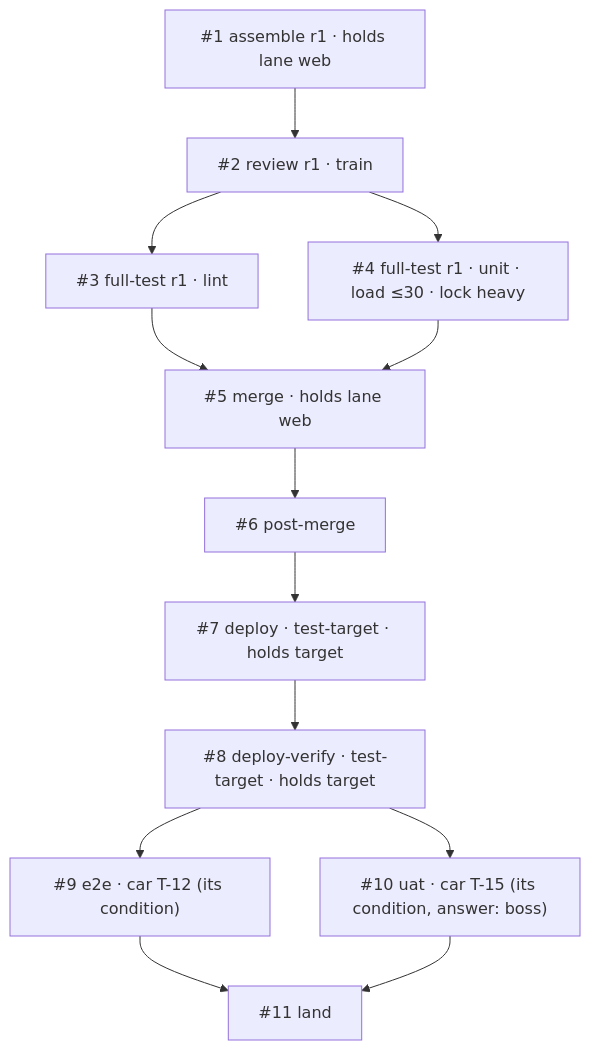
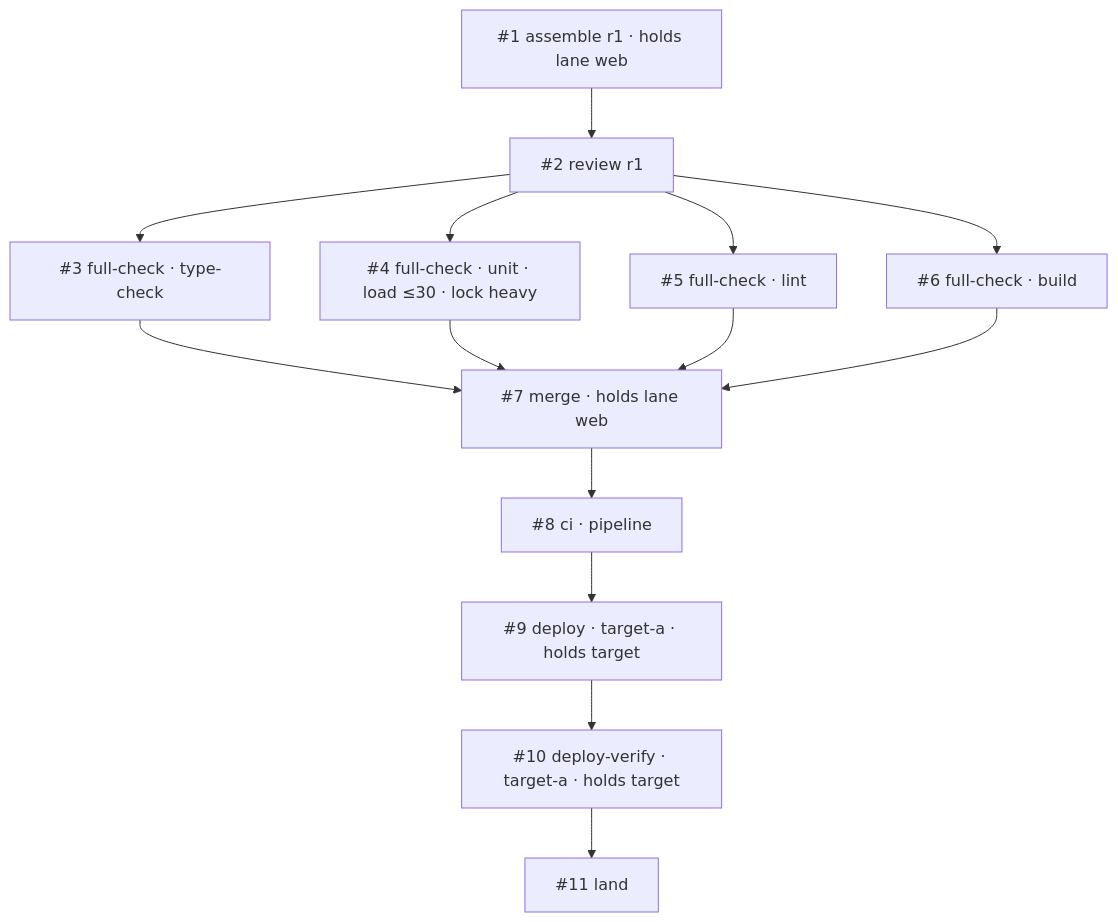
The second of 2 diagrams in docs/specs/2026-11-07-train-workers.md (allenlinli/pi-straw-boss), drawn with Mermaid before and after one commit. The commit also changed other lines of this file, not shown here.

````diff
--- a/docs/specs/2026-11-07-train-workers.md
+++ b/docs/specs/2026-11-07-train-workers.md
@@ -120,15 +142,16 @@
 ```mermaid
 flowchart TD
-  A["#1 assemble r1 · holds lane web"] --> V["#2 review r1 · train"]
-  V --> F1["#3 full-test r1 · lint"]
-  V --> F2["#4 full-test r1 · unit · load ≤30 · lock heavy"]
-  F1 --> M["#5 merge · holds lane web"]
+  A["#1 assemble r1 · holds lane web"] --> V["#2 review r1"]
+  V --> F1["#3 full-check · type-check"]
+  V --> F2["#4 full-check · unit · load ≤30 · lock heavy"]
+  V --> F3["#5 full-check · lint"]
+  V --> F4["#6 full-check · build"]
+  F1 --> M["#7 merge · holds lane web"]
   F2 --> M
-  M --> P["#6 post-merge"]
-  P --> D["#7 deploy · test-target · holds target"]
-  D --> DV["#8 deploy-verify · test-target · holds target"]
-  DV --> U1["#9 e2e · car T-12 (its condition)"]
-  DV --> U2["#10 uat · car T-15 (its condition, answer: boss)"]
-  U1 --> L["#11 land"]
-  U2 --> L
+  F3 --> M
+  F4 --> M
+  M --> P["#8 ci · pipeline"]
+  P --> D["#9 deploy · target-a · holds target"]
+  D --> DV["#10 deploy-verify · target-a · holds target"]
+  DV --> L["#11 land"]
 ```
````
